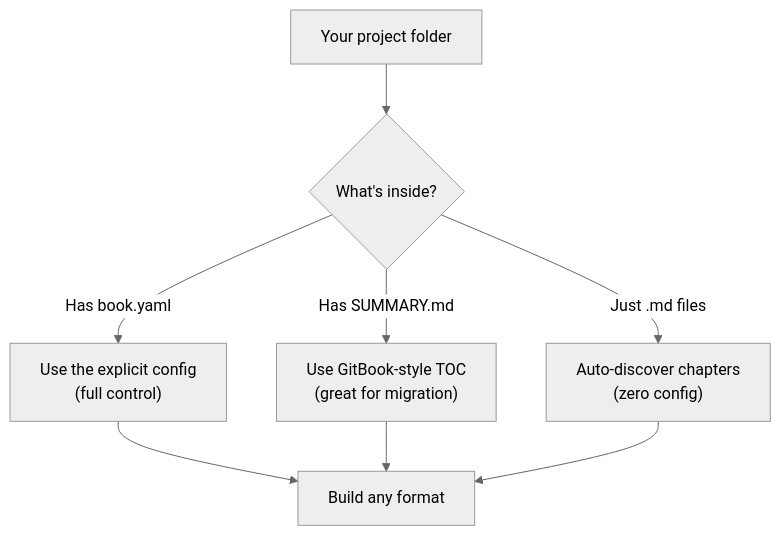
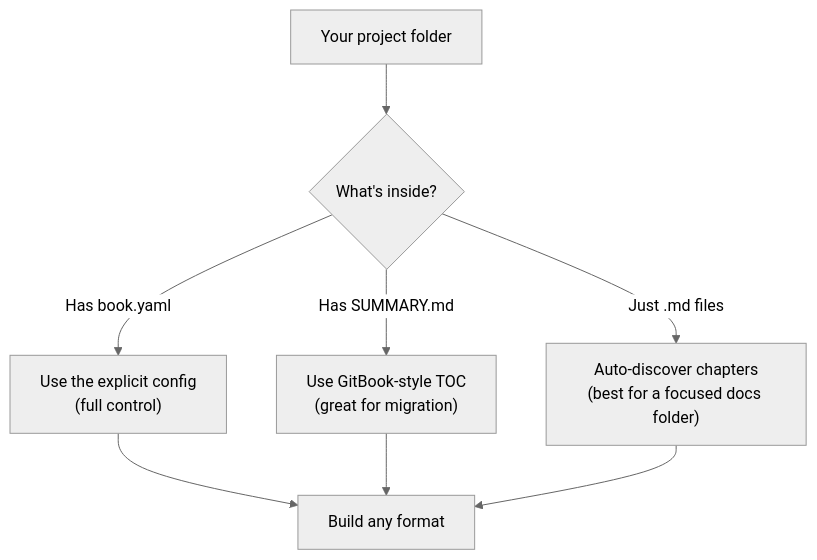
The second of 2 diagrams in README.md (yeasy/mdPress), drawn with Mermaid (neutral theme) before and after one commit. The commit also changed other lines of this file and 9 other files, not shown here.

````diff
--- a/README.md
+++ b/README.md
@@ -139,10 +181,10 @@
 ```mermaid
 flowchart TD
     A["Your project folder"] --> B{"What's inside?"}
     B -->|"Has book.yaml"| C["Use the explicit config\n(full control)"]
     B -->|"Has SUMMARY.md"| D["Use GitBook-style TOC\n(great for migration)"]
-    B -->|"Just .md files"| E["Auto-discover chapters\n(zero config)"]
+    B -->|"Just .md files"| E["Auto-discover chapters\n(best for a focused docs folder)"]
     C --> F["Build any format"]
     D --> F
     E --> F
 ```
````
